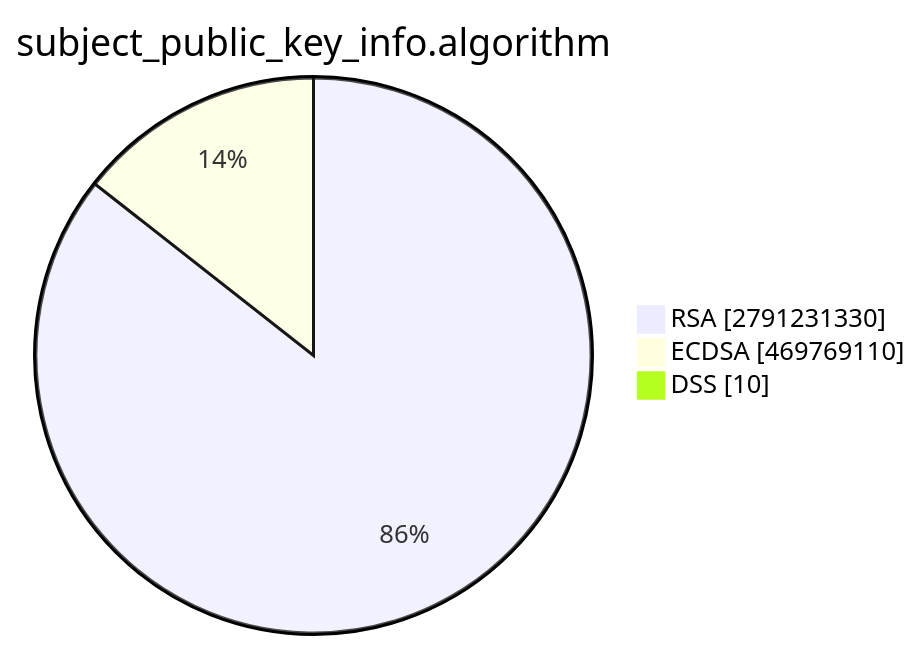
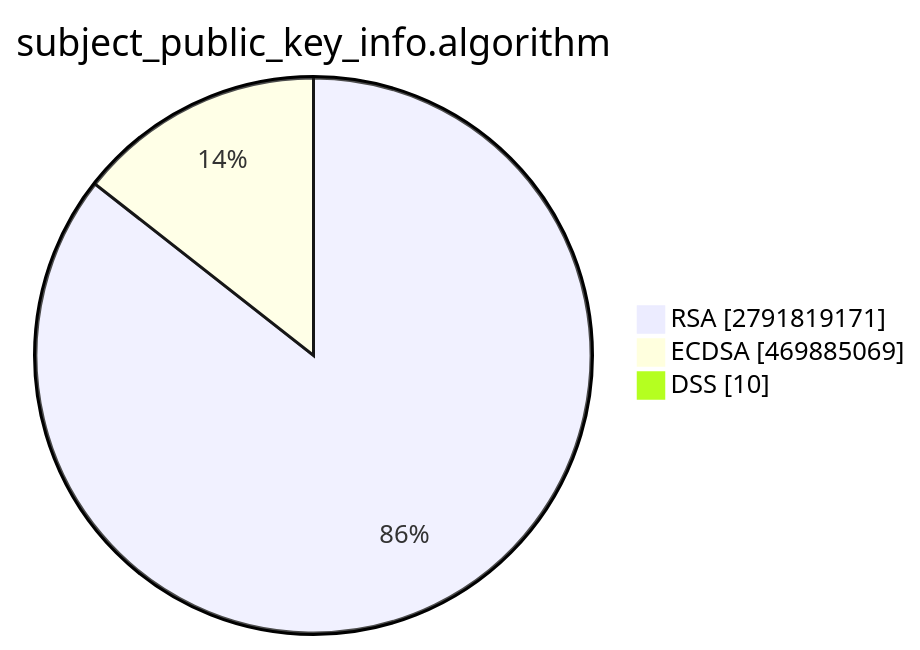
Before and after one commit to christiankrug/ctmonitor_visualization: the second of 15 diagrams in TOTAL/README.md, drawn with Mermaid. The commit also changed other lines of this file, not shown here.

````diff
--- a/TOTAL/README.md
+++ b/TOTAL/README.md
@@ -6,7 +6,7 @@
 ```mermaid
 pie showData
 title subject_public_key_info.algorithm
-"RSA" :2791231330
-"ECDSA" :469769110
+"RSA" :2791819171
+"ECDSA" :469885069
 "DSS" :10
 ```
````
